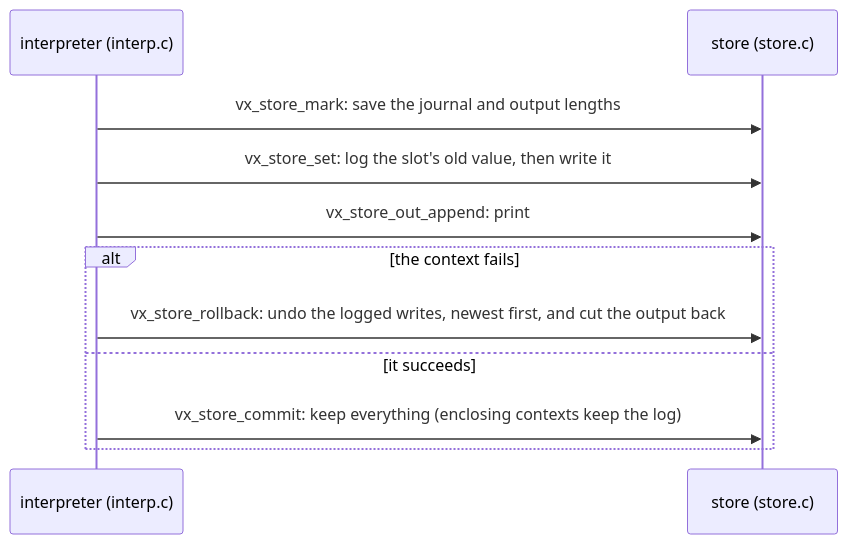
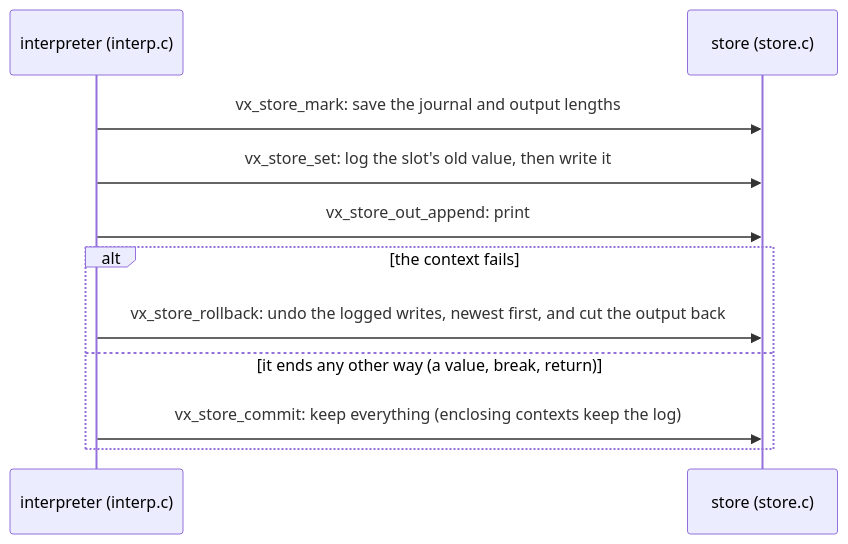
One commit to rudi-cilibrasi/openverse changed the first of 4 diagrams in docs/DESIGN.md. Above: the diagram before and after it, drawn with Mermaid. The commit also changed other lines of this file and 5 other files, not shown here.

First line of the commit message:
Docs: review fixes for the diagrams

````diff
--- a/docs/DESIGN.md
+++ b/docs/DESIGN.md
@@ -62,13 +62,13 @@
 ```mermaid
 sequenceDiagram
     participant I as interpreter (interp.c)
     participant S as store (store.c)
     I->>S: vx_store_mark: save the journal and output lengths
     I->>S: vx_store_set: log the slot's old value, then write it
     I->>S: vx_store_out_append: print
     alt the context fails
         I->>S: vx_store_rollback: undo the logged writes, newest first, and cut the output back
-    else it succeeds
+    else it ends any other way (a value, break, return)
         I->>S: vx_store_commit: keep everything (enclosing contexts keep the log)
     end
 ```
````
